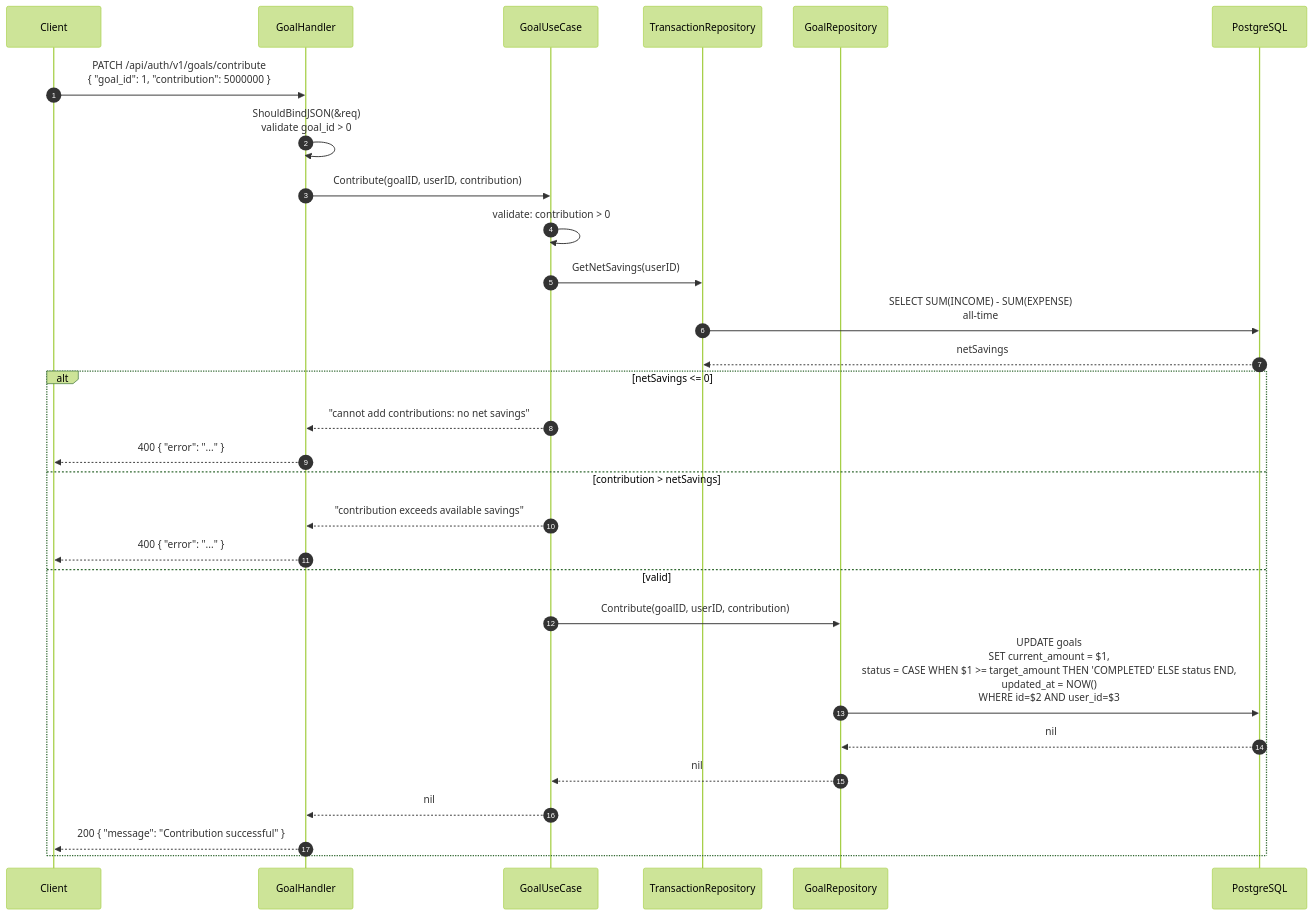
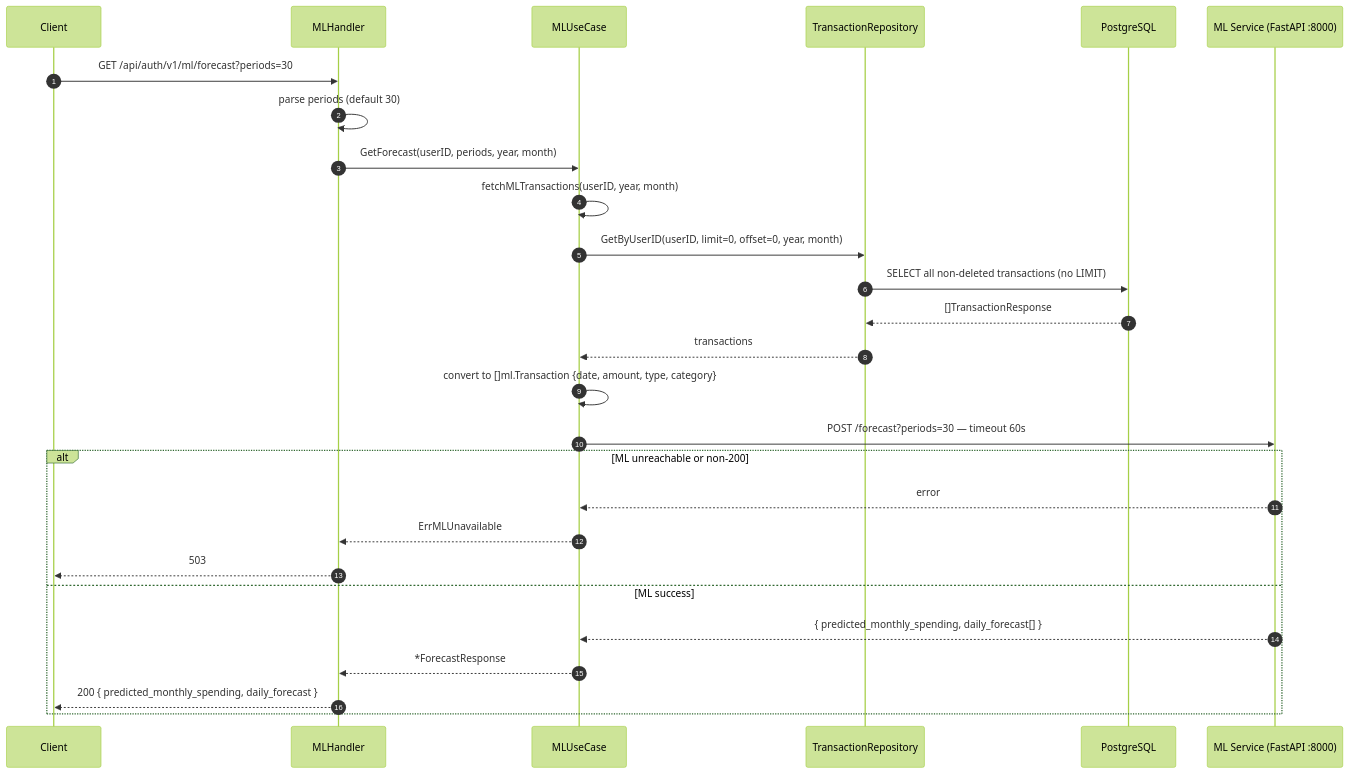
The ninth of 14 diagrams in docs/sequence-diagram.md (lewimb/financial-planning-golang), drawn with Mermaid (forest theme) before and after one commit. The commit also changed other lines of this file and 30 other files, not shown here.

Commit message:
docs: add documentation, OpenAPI specs, flowcharts, seeder tooling, and frontend guide

````diff
--- a/docs/sequence-diagram.md
+++ b/docs/sequence-diagram.md
@@ -358,32 +336,30 @@
 ```mermaid
 sequenceDiagram
     autonumber
     participant C as Client
-    participant H as GoalHandler
-    participant UC as GoalUseCase
+    participant H as MLHandler
+    participant UC as MLUseCase
     participant TR as TransactionRepository
-    participant GR as GoalRepository
     participant DB as PostgreSQL
+    participant ML as ML Service (FastAPI :8000)
 
-    C->>H: PATCH /api/auth/v1/goals/contribute<br/>{ "goal_id": 1, "contribution": 5000000 }
-    H->>H: ShouldBindJSON(&req)<br/>validate goal_id > 0
-    H->>UC: Contribute(goalID, userID, contribution)
-    UC->>UC: validate: contribution > 0
-    UC->>TR: GetNetSavings(userID)
-    TR->>DB: SELECT SUM(INCOME) - SUM(EXPENSE)<br/>all-time
-    DB-->>TR: netSavings
-    alt netSavings <= 0
-        UC-->>H: "cannot add contributions: no net savings"
-        H-->>C: 400 { "error": "..." }
-    else contribution > netSavings
-        UC-->>H: "contribution exceeds available savings"
-        H-->>C: 400 { "error": "..." }
-    else valid
-        UC->>GR: Contribute(goalID, userID, contribution)
-        GR->>DB: UPDATE goals<br/>SET current_amount = $1,<br/>status = CASE WHEN $1 >= target_amount THEN 'COMPLETED' ELSE status END,<br/>updated_at = NOW()<br/>WHERE id=$2 AND user_id=$3
-        DB-->>GR: nil
-        GR-->>UC: nil
-        UC-->>H: nil
-        H-->>C: 200 { "message": "Contribution successful" }
+    C->>H: GET /api/auth/v1/ml/forecast?periods=30
+    H->>H: parse periods (default 30)
+    H->>UC: GetForecast(userID, periods, year, month)
+    UC->>UC: fetchMLTransactions(userID, year, month)
+    UC->>TR: GetByUserID(userID, limit=0, offset=0, year, month)
+    TR->>DB: SELECT all non-deleted transactions (no LIMIT)
+    DB-->>TR: []TransactionResponse
+    TR-->>UC: transactions
+    UC->>UC: convert to []ml.Transaction {date, amount, type, category}
+    UC->>ML: POST /forecast?periods=30 — timeout 60s
+    alt ML unreachable or non-200
+        ML-->>UC: error
+        UC-->>H: ErrMLUnavailable
+        H-->>C: 503
+    else ML success
+        ML-->>UC: { predicted_monthly_spending, daily_forecast[] }
+        UC-->>H: *ForecastResponse
+        H-->>C: 200 { predicted_monthly_spending, daily_forecast }
     end
 ```
````
